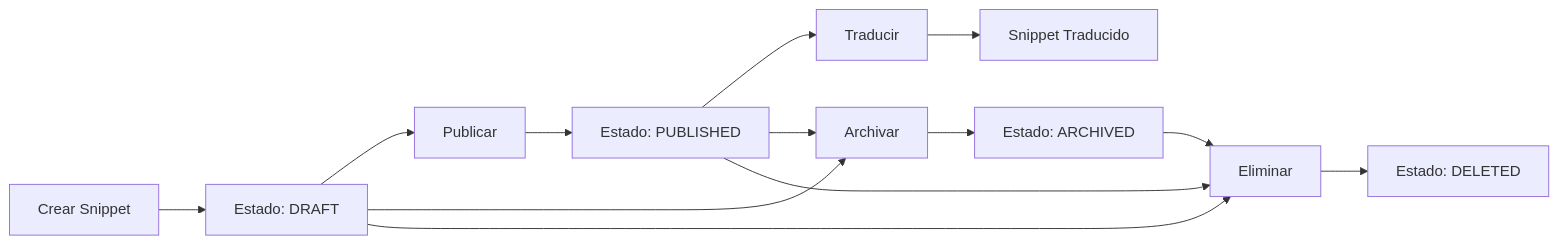
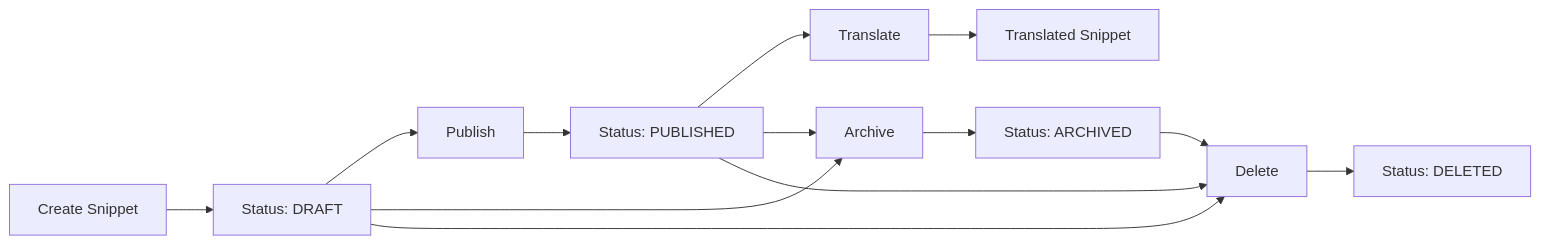
Before and after one commit to JesusLuna2309/polyglotCloud: the third of 5 diagrams in README.md, drawn with Mermaid. The commit also changed other lines of this file, not shown here.

Commit message:
feat: Traducir el README.md al inglés y actualizar secciones para mayor claridad

````diff
--- a/README.md
+++ b/README.md
@@ -92,17 +92,17 @@
 ```mermaid
 graph LR
-    Create[Crear Snippet] --> Draft[Estado: DRAFT]
-    Draft --> Publish[Publicar]
-    Publish --> Published[Estado: PUBLISHED]
-    Published --> Translate[Traducir]
-    Translate --> Translation[Snippet Traducido]
+    Create[Create Snippet] --> Draft[Status: DRAFT]
+    Draft --> Publish[Publish]
+    Publish --> Published[Status: PUBLISHED]
+    Published --> Translate[Translate]
+    Translate --> Translation[Translated Snippet]
     
-    Draft --> Archive[Archivar]
+    Draft --> Archive[Archive]
     Published --> Archive
-    Archive --> Archived[Estado: ARCHIVED]
+    Archive --> Archived[Status: ARCHIVED]
     
-    Draft --> Delete[Eliminar]
+    Draft --> Delete[Delete]
     Published --> Delete
     Archived --> Delete
-    Delete --> Deleted[Estado: DELETED]
+    Delete --> Deleted[Status: DELETED]
 ```
````
